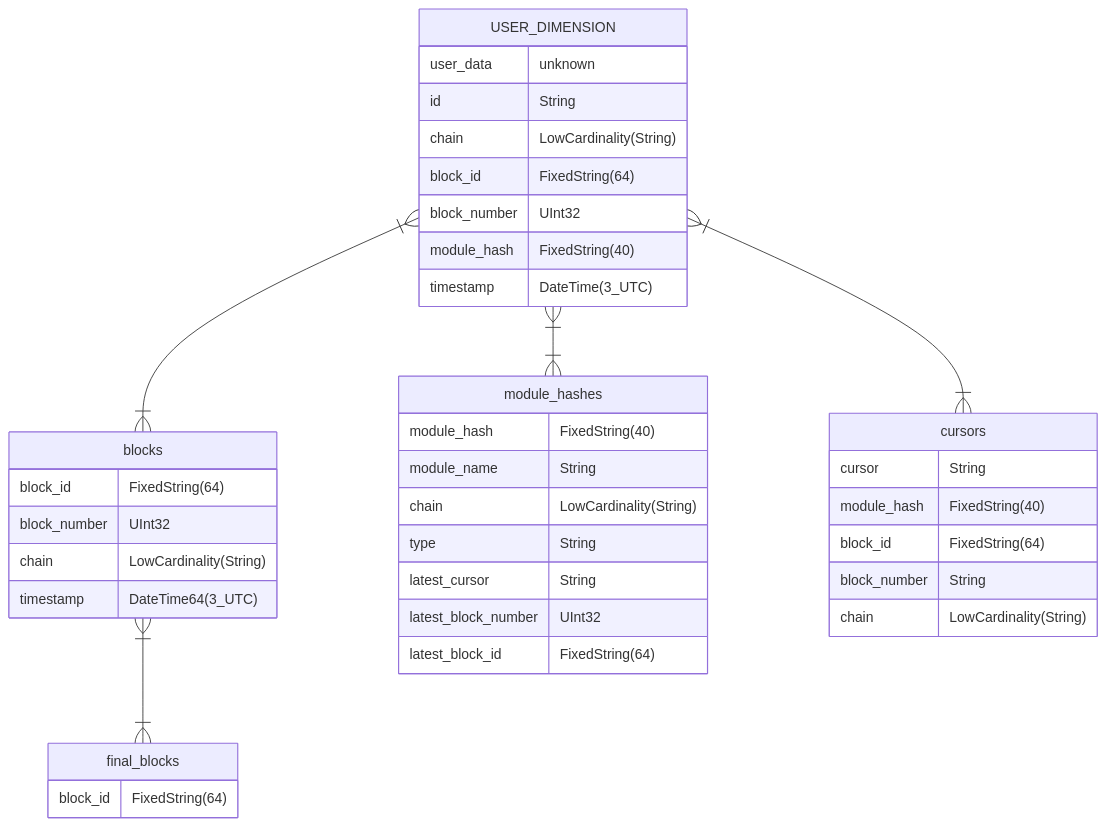
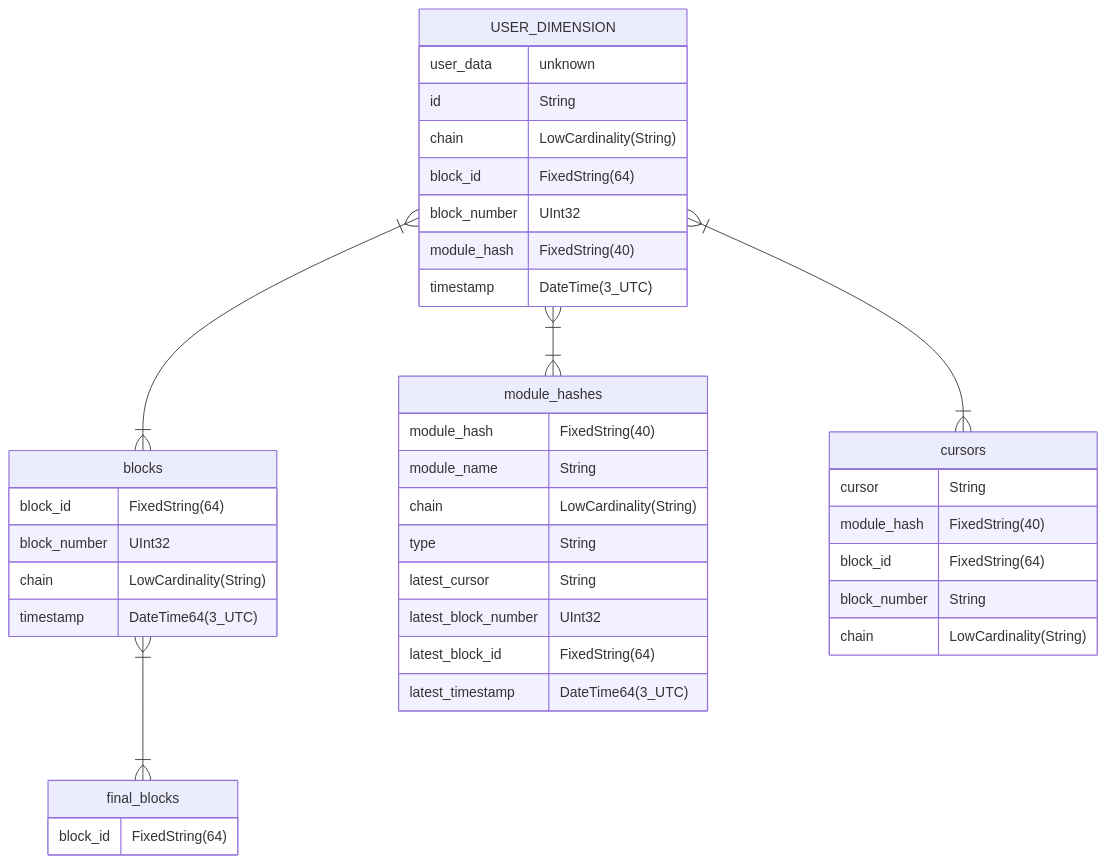
Before and after one commit to pinax-network/substreams-sink-clickhouse: the second of 3 diagrams in docs/database.md, drawn with Mermaid. The commit also changed other lines of this file, not shown here.

Commit message:
added latest_timestamp

````diff
--- a/docs/database.md
+++ b/docs/database.md
@@ -105,47 +106,48 @@
 ```mermaid
 erDiagram
     USER_DIMENSION }|--|{ blocks : " "
     USER_DIMENSION }|--|{ module_hashes : " "
     USER_DIMENSION }|--|{ cursors : " "
 
     blocks }|--|{ final_blocks : " "
 
     USER_DIMENSION {
         user_data unknown
         id String
         chain LowCardinality(String)
         block_id FixedString(64)
         block_number UInt32
         module_hash FixedString(40)
         timestamp DateTime(3_UTC)
    }
 
     blocks {
           block_id FixedString(64)
           block_number UInt32
           chain LowCardinality(String)
           timestamp DateTime64(3_UTC)
     }
 
     module_hashes {
         module_hash         FixedString(40)
         module_name         String
         chain               LowCardinality(String)
         type                String
         latest_cursor       String
         latest_block_number UInt32
         latest_block_id     FixedString(64)
+        latest_timestamp    DateTime64(3_UTC)
     }
 
     final_blocks {
         block_id FixedString(64)
     }
 
     cursors {
         cursor        String
         module_hash   FixedString(40)
         block_id      FixedString(64)
         block_number  String
         chain         LowCardinality(String)
     }
 ```
````
